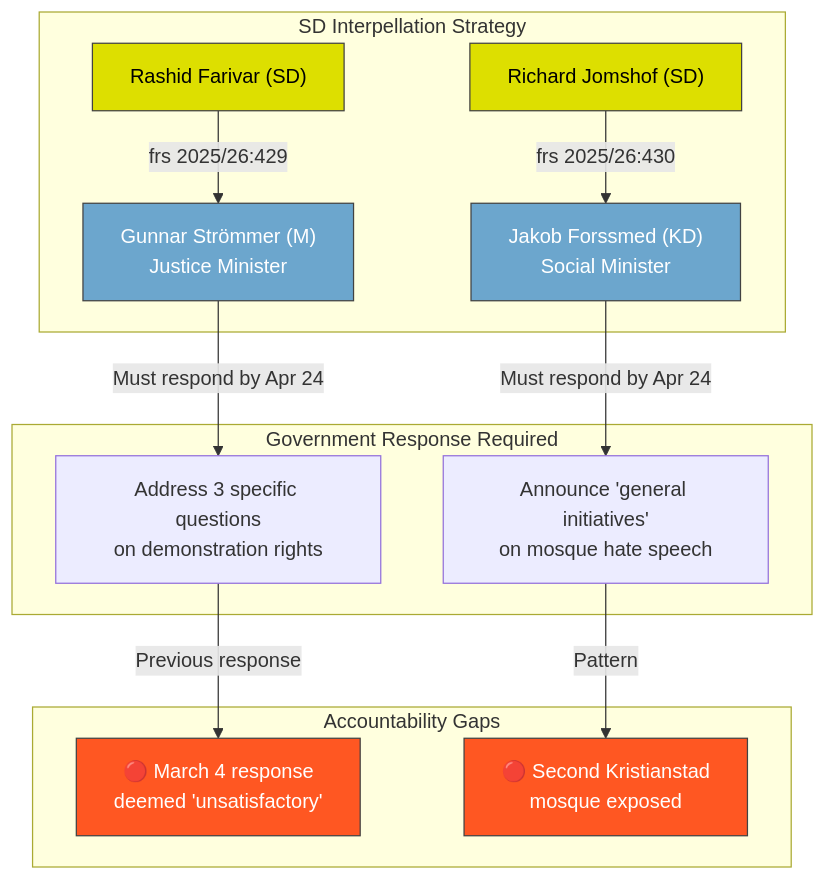
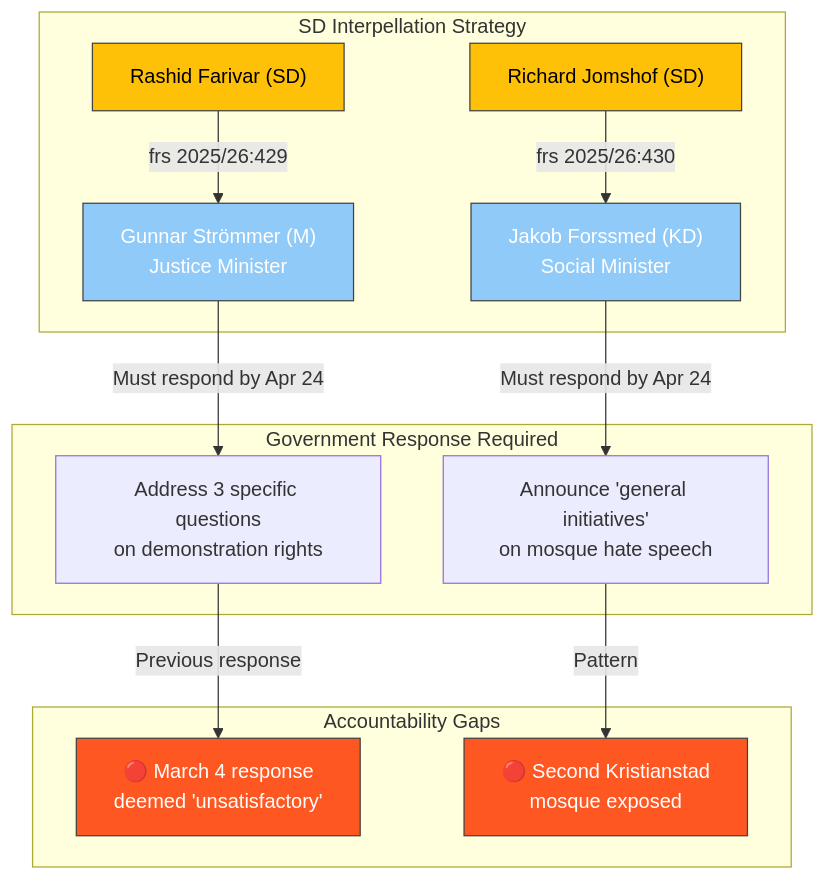
Before and after one commit to Hack23/riksdagsmonitor: the diagram in analysis/daily/2026-04-13/interpellations/swot-analysis.md, drawn with Mermaid. The commit also changed 121 other files, not shown here.

````diff
--- a/analysis/daily/2026-04-13/interpellations/swot-analysis.md
+++ b/analysis/daily/2026-04-13/interpellations/swot-analysis.md
@@ -17,24 +17,24 @@
 ```mermaid
 graph TB
     subgraph "SD Interpellation Strategy"
         RF["Rashid Farivar (SD)"] -->|"frs 2025/26:429"| GS["Gunnar Strömmer (M)<br/>Justice Minister"]
         RJ["Richard Jomshof (SD)"] -->|"frs 2025/26:430"| JF["Jakob Forssmed (KD)<br/>Social Minister"]
     end
     
     subgraph "Government Response Required"
         GS -->|"Must respond by Apr 24"| R1["Address 3 specific questions<br/>on demonstration rights"]
         JF -->|"Must respond by Apr 24"| R2["Announce 'general initiatives'<br/>on mosque hate speech"]
     end
     
     subgraph "Accountability Gaps"
         R1 -->|"Previous response"| AG1["🔴 March 4 response<br/>deemed 'unsatisfactory'"]
         R2 -->|"Pattern"| AG2["🔴 Second Kristianstad<br/>mosque exposed"]
     end
     
-    style RF fill:#DDDF00,stroke:#424242,color:#000000
-    style RJ fill:#DDDF00,stroke:#424242,color:#000000
-    style GS fill:#6CA6CD,stroke:#424242,color:#FFFFFF
-    style JF fill:#6CA6CD,stroke:#424242,color:#FFFFFF
+    style RF fill:#FFC107,stroke:#424242,color:#000000
+    style RJ fill:#FFC107,stroke:#424242,color:#000000
+    style GS fill:#90CAF9,stroke:#424242,color:#FFFFFF
+    style JF fill:#90CAF9,stroke:#424242,color:#FFFFFF
     style AG1 fill:#FF5722,stroke:#424242,color:#FFFFFF
     style AG2 fill:#FF5722,stroke:#424242,color:#FFFFFF
 ```
````
